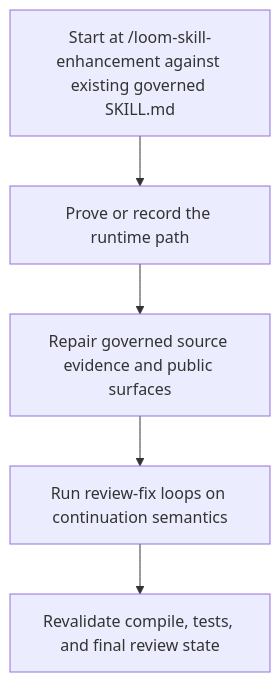
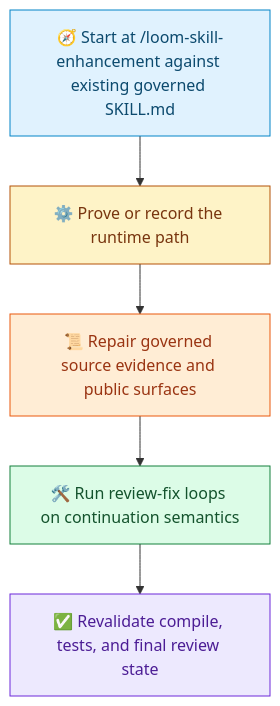
The second of 2 diagrams in demos/loom-enhanced-research/3.1 Enhance from Born-governanced/Readme.md (waynebaby/Techne-Loom), drawn with Mermaid before and after one commit. The commit also changed other lines of this file and 19 other files, not shown here.

Commit message:
Standardize Mermaid accessibility across docs

````diff
--- a/demos/loom-enhanced-research/3.1 Enhance from Born-governanced/Readme.md
+++ b/demos/loom-enhanced-research/3.1 Enhance from Born-governanced/Readme.md
@@ -51,7 +53,19 @@
 ```mermaid
 flowchart TD
-    A[Start at /loom-skill-enhancement against existing governed SKILL.md] --> B[Prove or record the runtime path]
-    B --> C[Repair governed source evidence and public surfaces]
-    C --> D[Run review-fix loops on continuation semantics]
-    D --> E[Revalidate compile, tests, and final review state]
+    A[🧭 Start at /loom-skill-enhancement against existing governed SKILL.md] --> B[⚙️ Prove or record the runtime path]
+    B --> C[📜 Repair governed source evidence and public surfaces]
+    C --> D[🛠️ Run review-fix loops on continuation semantics]
+    D --> E[✅ Revalidate compile, tests, and final review state]
+
+    classDef blue fill:#E0F2FE,stroke:#0284C7,color:#0C4A6E;
+    classDef yellow fill:#FEF3C7,stroke:#B45309,color:#78350F;
+    classDef orange fill:#FFEDD5,stroke:#EA580C,color:#9A3412;
+    classDef green fill:#DCFCE7,stroke:#15803D,color:#14532D;
+    classDef purple fill:#EDE9FE,stroke:#6D28D9,color:#4C1D95;
+
+    class A blue;
+    class B yellow;
+    class C orange;
+    class D green;
+    class E purple;
 ```
````
